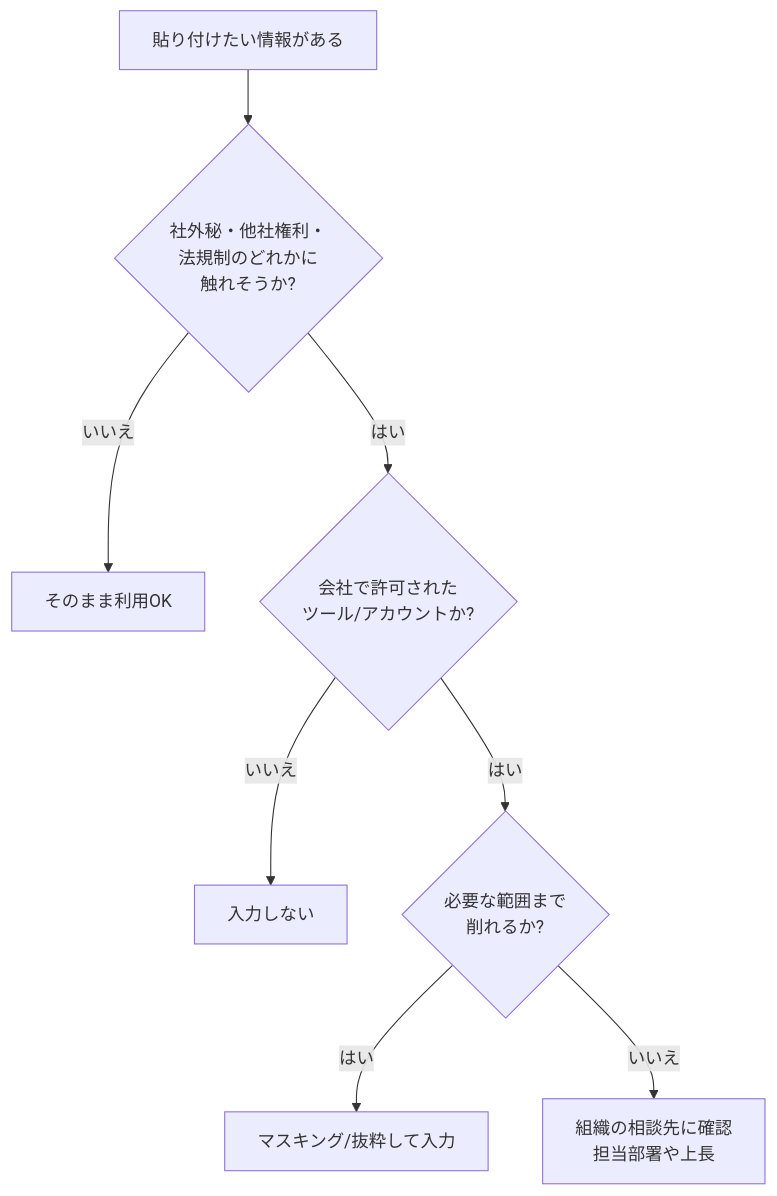
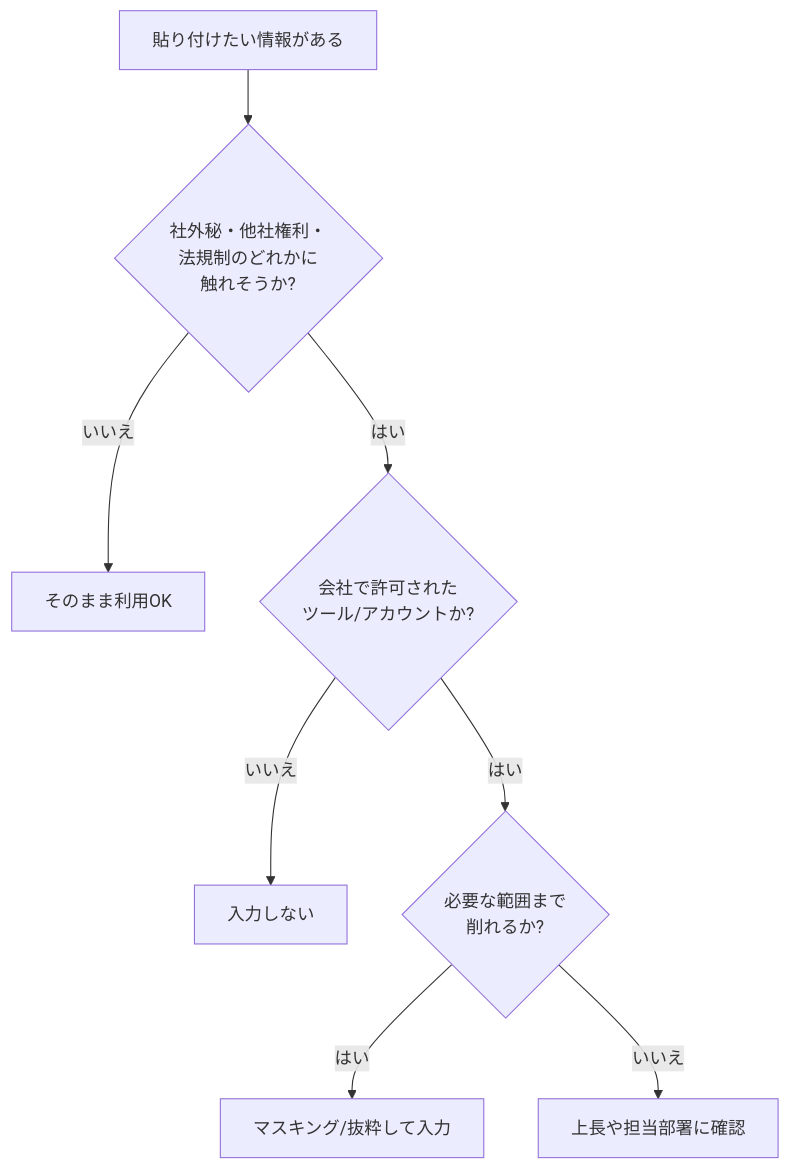
The second of 2 diagrams in docs/08-security-individual.md (ma2saka/docs-claude-sample), drawn with Mermaid before and after one commit. The commit also changed other lines of this file, not shown here.

Commit message:
8章のフロー図ラベルを「上長や担当部署に確認」に短縮し、節導入のメタ説明を整理

````diff
--- a/docs/08-security-individual.md
+++ b/docs/08-security-individual.md
@@ -67,10 +67,10 @@
 ```mermaid
 flowchart TD
     A[貼り付けたい情報がある] --> B{社外秘・他社権利・<br/>法規制のどれかに<br/>触れそうか?}
     B -- いいえ --> Z[そのまま利用OK]
     B -- はい --> C{会社で許可された<br/>ツール/アカウントか?}
     C -- いいえ --> N[入力しない]
     C -- はい --> D{必要な範囲まで<br/>削れるか?}
     D -- はい --> E[マスキング/抜粋して入力]
-    D -- いいえ --> F[組織の相談先に確認<br/>担当部署や上長]
+    D -- いいえ --> F[上長や担当部署に確認]
 ```
````
